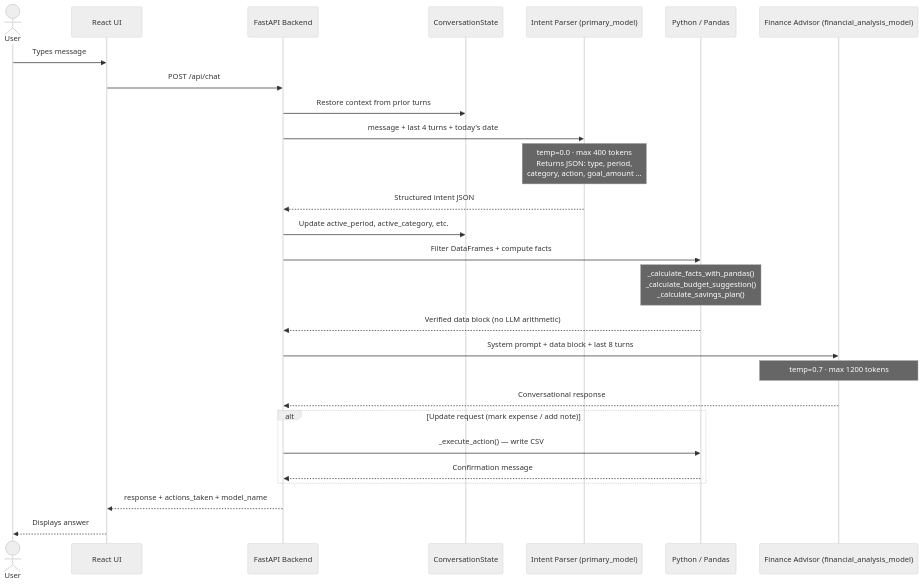
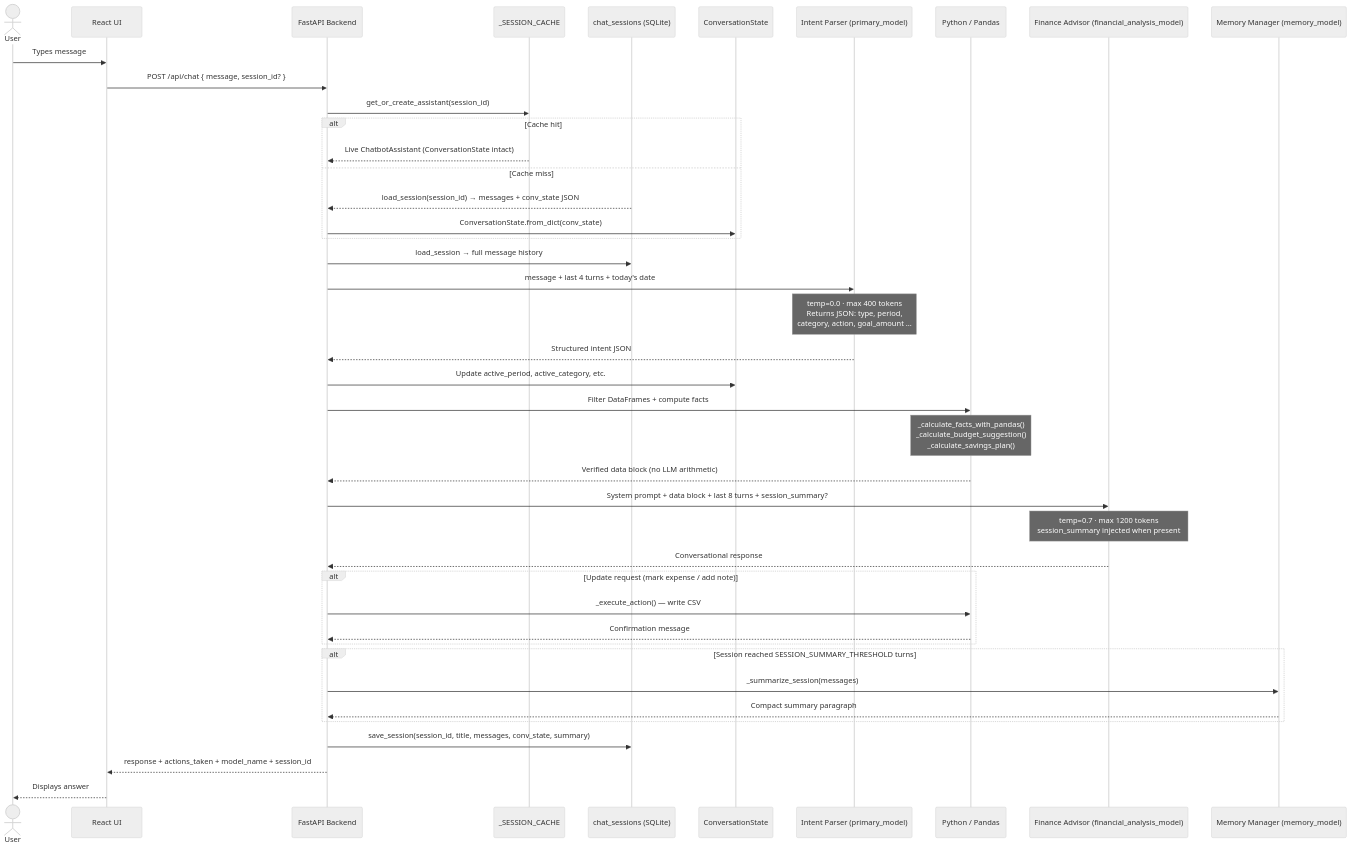
Before and after one commit to Saminator28/AutomatedBudgeting: the diagram in docs/CHATBOT_PIPELINE.md, drawn with Mermaid (neutral theme). The commit also changed other lines of this file and 7 other files, not shown here.

````diff
--- a/docs/CHATBOT_PIPELINE.md
+++ b/docs/CHATBOT_PIPELINE.md
@@ -23,30 +24,45 @@
 ```mermaid
 sequenceDiagram
     actor User
     participant UI as React UI
     participant API as FastAPI Backend
+    participant Cache as _SESSION_CACHE
+    participant DB as chat_sessions (SQLite)
     participant State as ConversationState
     participant Parser as Intent Parser (primary_model)
     participant Pandas as Python / Pandas
     participant Finance as Finance Advisor (financial_analysis_model)
+    participant Memory as Memory Manager (memory_model)
 
     User->>UI: Types message
-    UI->>API: POST /api/chat
-    API->>State: Restore context from prior turns
+    UI->>API: POST /api/chat  { message, session_id? }
+    API->>Cache: get_or_create_assistant(session_id)
+    alt Cache hit
+        Cache-->>API: Live ChatbotAssistant (ConversationState intact)
+    else Cache miss
+        DB-->>API: load_session(session_id) → messages + conv_state JSON
+        API->>State: ConversationState.from_dict(conv_state)
+    end
+    API->>DB: load_session → full message history
     API->>Parser: message + last 4 turns + today's date
     Note over Parser: temp=0.0 · max 400 tokens<br/>Returns JSON: type, period,<br/>category, action, goal_amount ...
     Parser-->>API: Structured intent JSON
     API->>State: Update active_period, active_category, etc.
     API->>Pandas: Filter DataFrames + compute facts
     Note over Pandas: _calculate_facts_with_pandas()<br/>_calculate_budget_suggestion()<br/>_calculate_savings_plan()
     Pandas-->>API: Verified data block (no LLM arithmetic)
-    API->>Finance: System prompt + data block + last 8 turns
-    Note over Finance: temp=0.7 · max 1200 tokens
+    API->>Finance: System prompt + data block + last 8 turns + session_summary?
+    Note over Finance: temp=0.7 · max 1200 tokens<br/>session_summary injected when present
     Finance-->>API: Conversational response
     alt Update request (mark expense / add note)
         API->>Pandas: _execute_action() — write CSV
         Pandas-->>API: Confirmation message
     end
-    API-->>UI: response + actions_taken + model_name
+    alt Session reached SESSION_SUMMARY_THRESHOLD turns
+        API->>Memory: _summarize_session(messages)
+        Memory-->>API: Compact summary paragraph
+    end
+    API->>DB: save_session(session_id, title, messages, conv_state, summary)
+    API-->>UI: response + actions_taken + model_name + session_id
     UI-->>User: Displays answer
 ```
````
